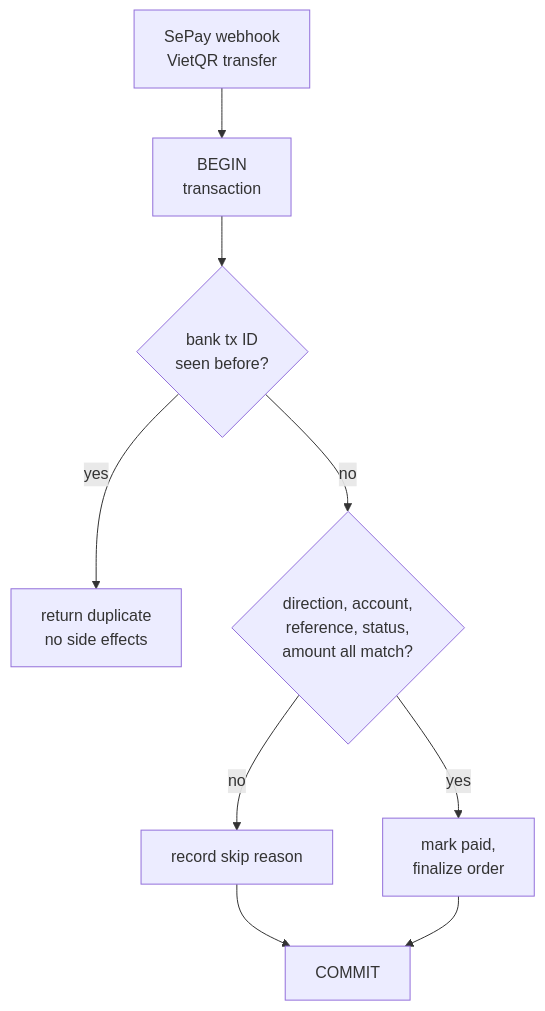
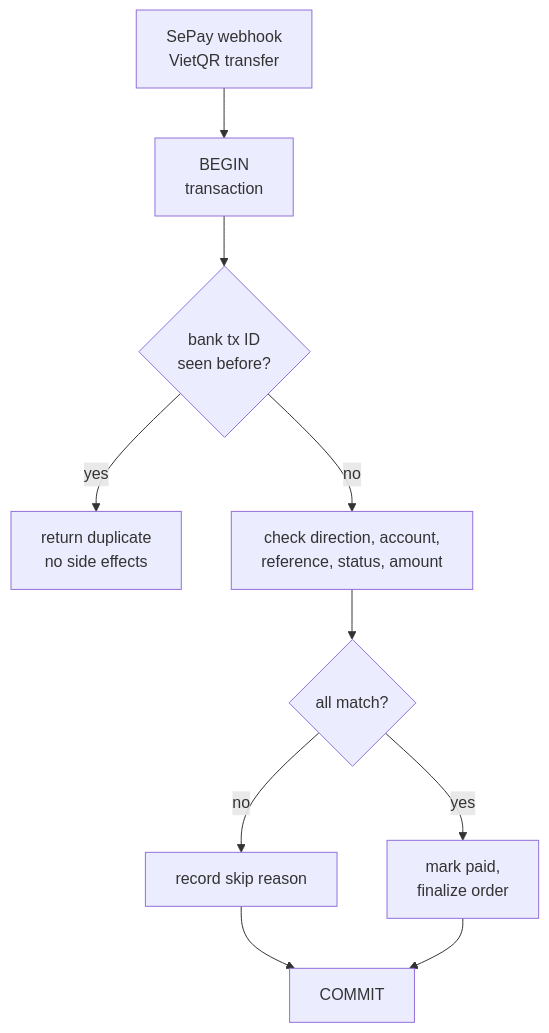
The third of 3 diagrams in README.md (DuongMinhHoangHE191087/DuongMinhHoangHE191087), drawn with Mermaid before and after one commit. The commit also changed 1 other file, not shown here.

Commit message:
Split payment checks into their own diagram step
A long label inside the decision diamond made the diagram oversized.

Claude-Session: https://claude.ai/code/session_0136Y8UKrUyQZzCL5MNENzrr

````diff
--- a/README.md
+++ b/README.md
@@ -155,11 +155,12 @@
 ```mermaid
 flowchart TB
   IN["SePay webhook<br/>VietQR transfer"] --> TX["BEGIN<br/>transaction"]
   TX --> SEEN{"bank tx ID<br/>seen before?"}
   SEEN -- yes --> DUP["return duplicate<br/>no side effects"]
-  SEEN -- no --> OK{"direction, account,<br/>reference, status,<br/>amount all match?"}
+  SEEN -- no --> CHECK["check direction, account,<br/>reference, status, amount"]
+  CHECK --> OK{"all match?"}
   OK -- no --> SKIP["record skip reason"]
   OK -- yes --> PAY["mark paid,<br/>finalize order"]
   SKIP --> COMMIT["COMMIT"]
   PAY --> COMMIT
 ```
````
